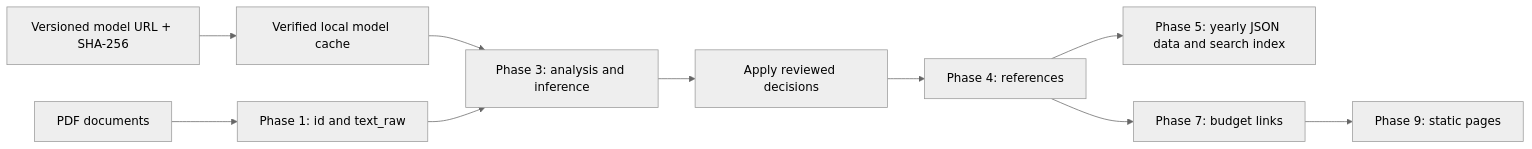
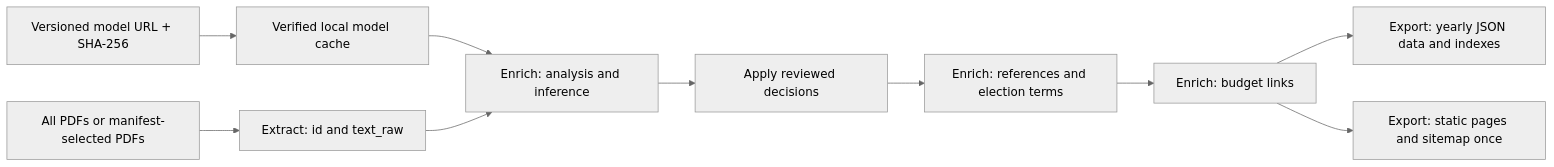
One commit to litovle/usneseni-mesta changed the diagram in docs/classification-architecture.md. Above: the diagram before and after it, drawn with Mermaid (neutral theme). The commit also changed other lines of this file and 17 other files, not shown here.

````diff
--- a/docs/classification-architecture.md
+++ b/docs/classification-architecture.md
@@ -12,12 +12,12 @@
 ```mermaid
 flowchart LR
-    PDF[PDF documents] --> P1[Phase 1: id and text_raw]
+    PDF[All PDFs or manifest-selected PDFs] --> P1[Extract: id and text_raw]
     Release[Versioned model URL + SHA-256] --> Cache[Verified local model cache]
-    Cache --> P3[Phase 3: analysis and inference]
+    Cache --> P3[Enrich: analysis and inference]
     P1 --> P3
     P3 --> Decisions[Apply reviewed decisions]
-    Decisions --> P4[Phase 4: references]
-    P4 --> Index[Phase 5: yearly JSON data and search index]
-    P4 --> Links[Phase 7: budget links]
-    Links --> Pages[Phase 9: static pages]
+    Decisions --> P4[Enrich: references and election terms]
+    P4 --> Links[Enrich: budget links]
+    Links --> Index[Export: yearly JSON data and indexes]
+    Links --> Pages[Export: static pages and sitemap once]
 ```
````
